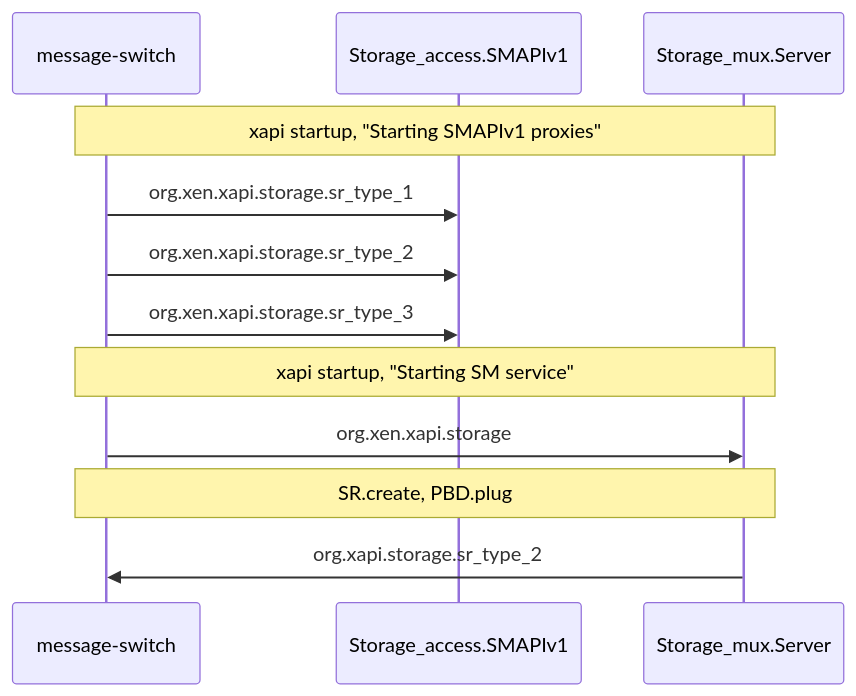
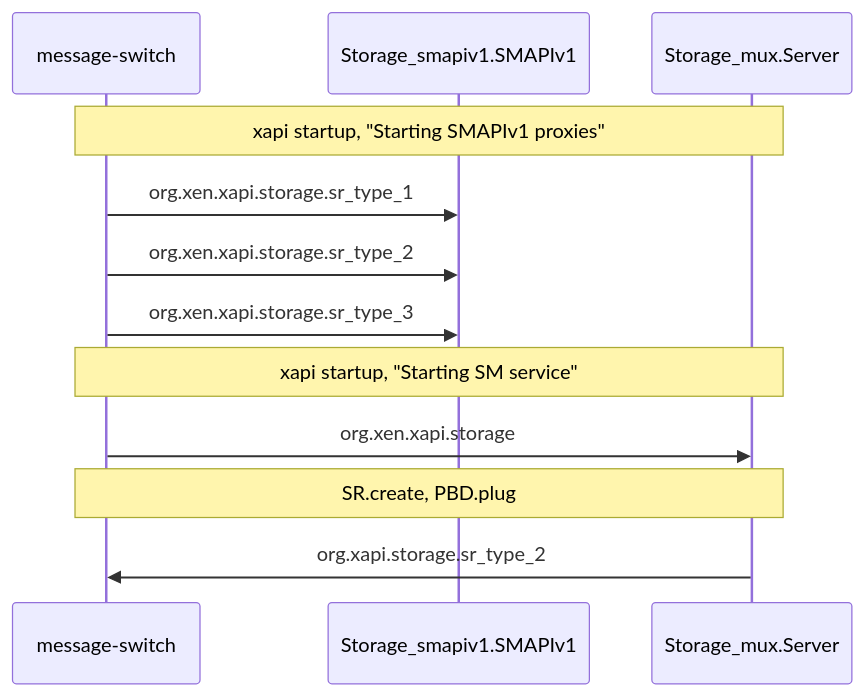
The second of 5 diagrams in doc/content/xapi/storage/_index.md (xapi-project/xen-api), drawn with Mermaid before and after one commit. The commit also changed other lines of this file, not shown here.

First line of the commit message:
doc: xapi storage layer update to latest code

````diff
--- a/doc/content/xapi/storage/_index.md
+++ b/doc/content/xapi/storage/_index.md
@@ -119,17 +123,17 @@
 ```mermaid
 sequenceDiagram
 participant q as message-switch
-participant v1 as Storage_access.SMAPIv1
+participant v1 as Storage_smapiv1.SMAPIv1
 participant svr as Storage_mux.Server
 
 Note over q, svr: xapi startup, "Starting SMAPIv1 proxies"
 q ->> v1:org.xen.xapi.storage.sr_type_1
 q ->> v1:org.xen.xapi.storage.sr_type_2
 q ->> v1:org.xen.xapi.storage.sr_type_3
 
 Note over q, svr: xapi startup, "Starting SM service"
 q ->> svr:org.xen.xapi.storage 
 
 Note over q, svr: SR.create, PBD.plug
 svr ->> q:org.xapi.storage.sr_type_2
 ```
````
